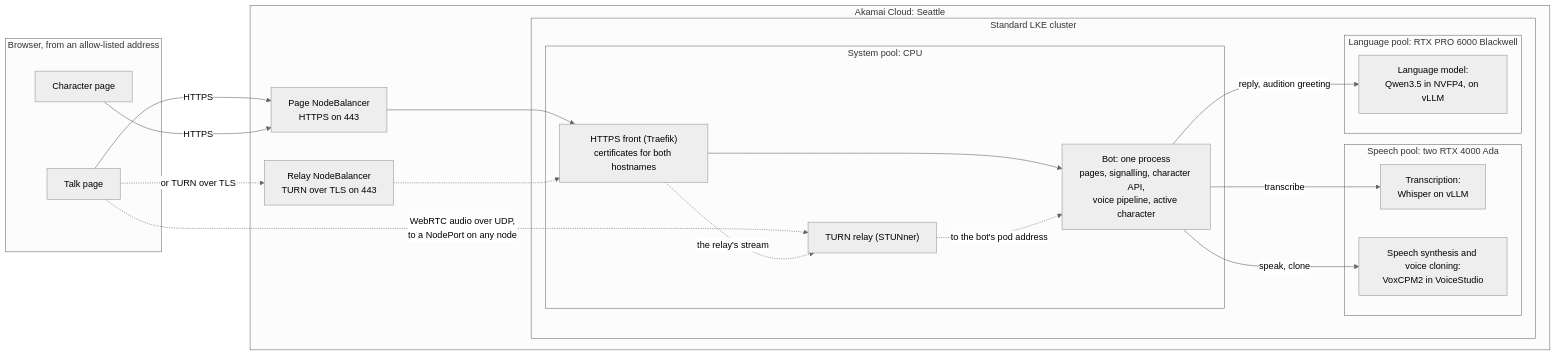
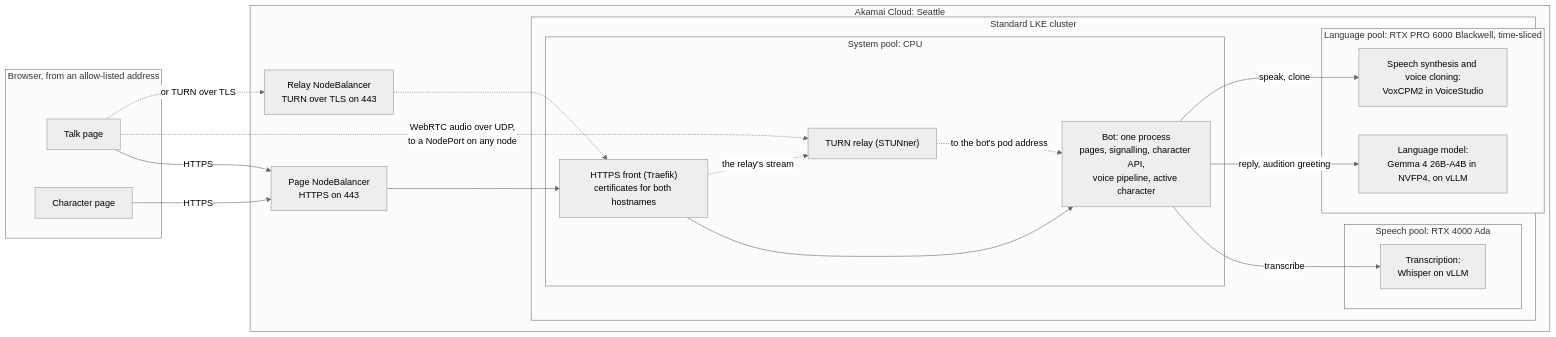
The first of 3 diagrams in docs/design/architecture-overview.md (akafinch/voice-companion-loop), drawn with Mermaid (neutral theme) before and after one commit. The commit also changed other lines of this file and 9 other files, not shown here.

````diff
--- a/docs/design/architecture-overview.md
+++ b/docs/design/architecture-overview.md
@@ -27,37 +27,37 @@
 ```mermaid
 flowchart LR
     subgraph user["Browser, from an allow-listed address"]
         talk["Talk page"]
         charpage["Character page"]
     end
 
     subgraph cloud["Akamai Cloud: Seattle"]
         nbPage["Page NodeBalancer<br/>HTTPS on 443"]
         nbRelay["Relay NodeBalancer<br/>TURN over TLS on 443"]
         subgraph lke["Standard LKE cluster"]
             subgraph system["System pool: CPU"]
                 front["HTTPS front (Traefik)<br/>certificates for both hostnames"]
                 bot["Bot: one process<br/>pages, signalling, character API,<br/>voice pipeline, active character"]
                 relay["TURN relay (STUNner)"]
             end
-            subgraph speech["Speech pool: two RTX 4000 Ada"]
+            subgraph speech["Speech pool: RTX 4000 Ada"]
                 stt["Transcription:<br/>Whisper on vLLM"]
+            end
+            subgraph language["Language pool: RTX PRO 6000 Blackwell, time-sliced"]
+                llm["Language model:<br/>Gemma 4 26B-A4B in NVFP4, on vLLM"]
                 tts["Speech synthesis and voice cloning:<br/>VoxCPM2 in VoiceStudio"]
-            end
-            subgraph language["Language pool: RTX PRO 6000 Blackwell"]
-                llm["Language model:<br/>Qwen3.5 in NVFP4, on vLLM"]
             end
         end
     end
 
     talk -->|HTTPS| nbPage
     charpage -->|HTTPS| nbPage
     nbPage --> front --> bot
     talk -. "WebRTC audio over UDP,<br/>to a NodePort on any node" .-> relay
     talk -. "or TURN over TLS" .-> nbRelay -.-> front
     front -. "the relay's stream" .-> relay
     relay -. "to the bot's pod address" .-> bot
     bot -->|transcribe| stt
     bot -->|"reply, audition greeting"| llm
     bot -->|"speak, clone"| tts
 ```
````
